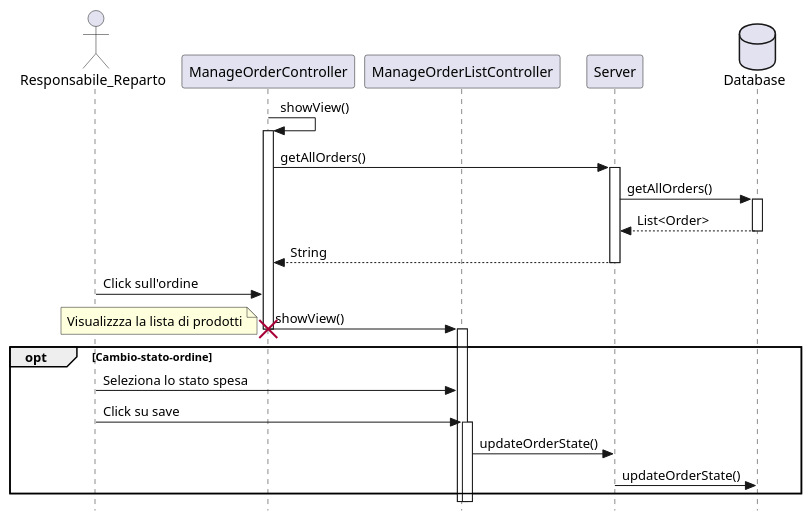
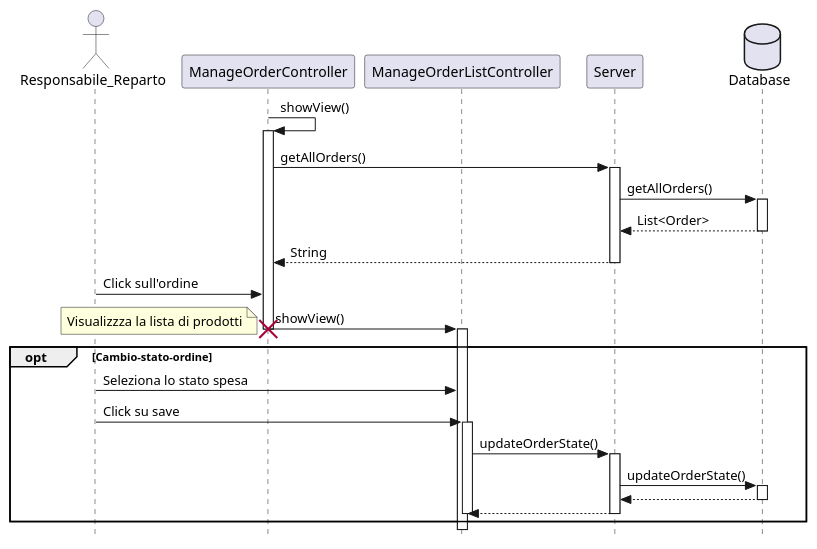
The diagram in docs/diagrams/class/sequence_controllo_spese.puml (joshuachp/progetto_ingegneria_software), drawn with PlantUML before and after one commit. The commit also changed 3 other files, not shown here.

Commit message:
WIP sequence

```diff
--- a/docs/diagrams/class/sequence_controllo_spese.puml
+++ b/docs/diagrams/class/sequence_controllo_spese.puml
@@ -1,36 +1,41 @@
 @startuml
 
 skinparam Style strictuml
 actor Responsabile_Reparto
 participant ManageOrderController
 participant ManageOrderListController
 participant Server
 Database Database
 
 ManageOrderController->ManageOrderController : showView()
 activate ManageOrderController
 ManageOrderController -> Server : getAllOrders()
 activate Server
 Server -> Database : getAllOrders()
 activate Database
 return List<Order>
 return String
 
 Responsabile_Reparto -> ManageOrderController : Click sull'ordine
 
 ManageOrderController -> ManageOrderListController : showView()
 note left
 Visualizzza la lista di prodotti
 end note
 destroy ManageOrderController
 activate ManageOrderListController
 opt Cambio-stato-ordine
 Responsabile_Reparto -> ManageOrderListController : Seleziona lo stato spesa
 Responsabile_Reparto -> ManageOrderListController : Click su save
 activate ManageOrderListController
 ManageOrderListController->Server : updateOrderState()
+activate Server
 Server->Database : updateOrderState()
+activate Database
+return
+return
+deactivate ManageOrderListController
 
 end opt
 
 @enduml
```
